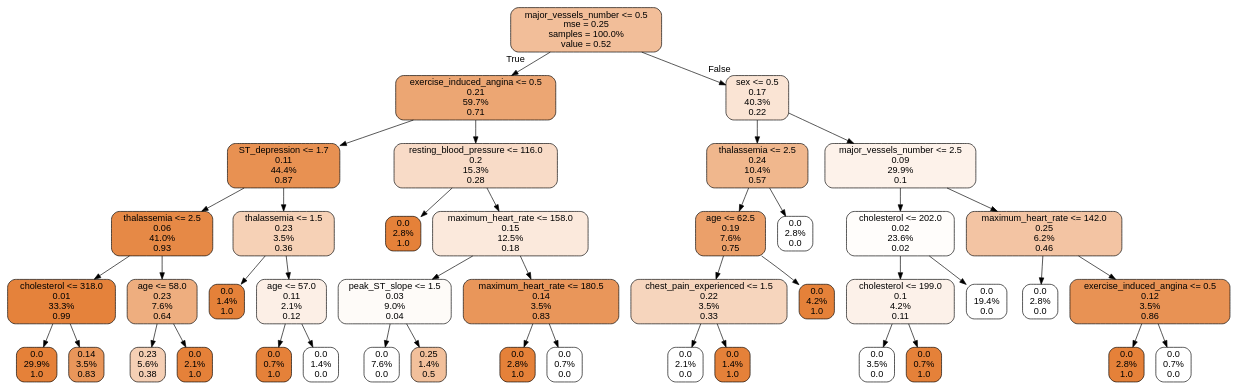
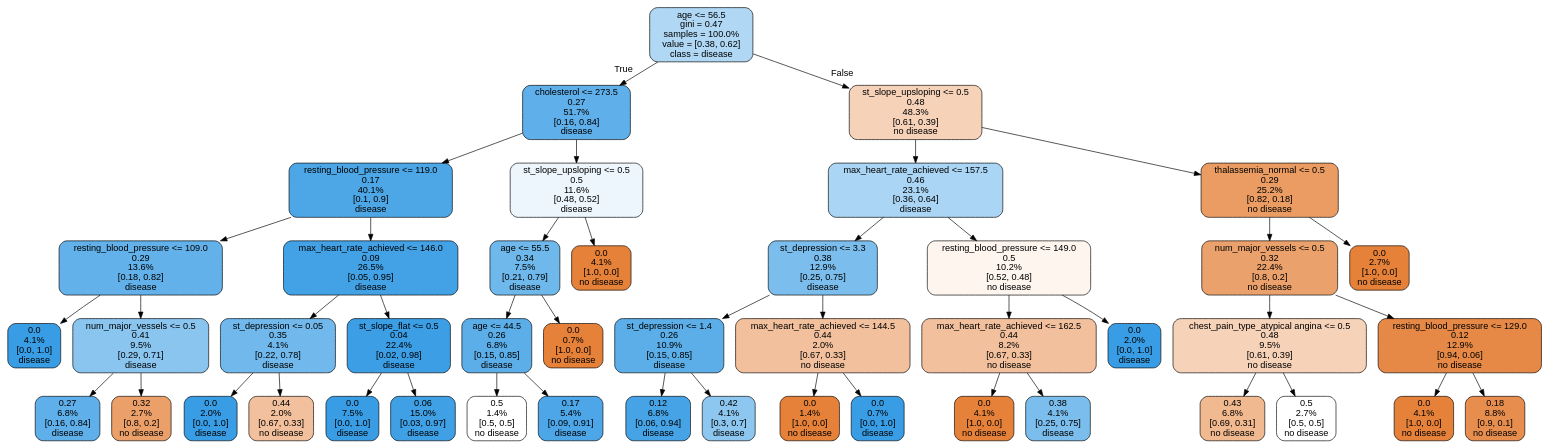
Before and after one commit to wink94/Heart-Disease-Predict: the diagram in tree.dot, drawn with Graphviz. The commit also changed 16 other files, not shown here.

```diff
--- a/tree.dot
+++ b/tree.dot
@@ -1,89 +1,93 @@
 digraph Tree {
 node [shape=box, style="filled, rounded", color="black", fontname=helvetica] ;
 edge [fontname=helvetica] ;
-0 [label="major_vessels_number <= 0.5\nmse = 0.25\nsamples = 100.0%\nvalue = 0.52", fillcolor="#e5813983"] ;
-1 [label="exercise_induced_angina <= 0.5\n0.21\n59.7%\n0.71", fillcolor="#e58139b4"] ;
+0 [label="age <= 56.5\ngini = 0.47\nsamples = 100.0%\nvalue = [0.38, 0.62]\nclass = disease", fillcolor="#399de565"] ;
+1 [label="cholesterol <= 273.5\n0.27\n51.7%\n[0.16, 0.84]\ndisease", fillcolor="#399de5ce"] ;
 0 -> 1 [labeldistance=2.5, labelangle=45, headlabel="True"] ;
-2 [label="ST_depression <= 1.7\n0.11\n44.4%\n0.87", fillcolor="#e58139de"] ;
+2 [label="resting_blood_pressure <= 119.0\n0.17\n40.1%\n[0.1, 0.9]\ndisease", fillcolor="#399de5e4"] ;
 1 -> 2 ;
-3 [label="thalassemia <= 2.5\n0.06\n41.0%\n0.93", fillcolor="#e58139ee"] ;
+3 [label="resting_blood_pressure <= 109.0\n0.29\n13.6%\n[0.18, 0.82]\ndisease", fillcolor="#399de5c9"] ;
 2 -> 3 ;
-4 [label="cholesterol <= 318.0\n0.01\n33.3%\n0.99", fillcolor="#e58139fc"] ;
+4 [label="0.0\n4.1%\n[0.0, 1.0]\ndisease", fillcolor="#399de5ff"] ;
 3 -> 4 ;
-5 [label="0.0\n29.9%\n1.0", fillcolor="#e58139ff"] ;
-4 -> 5 ;
-6 [label="0.14\n3.5%\n0.83", fillcolor="#e58139d4"] ;
-4 -> 6 ;
-7 [label="age <= 58.0\n0.23\n7.6%\n0.64", fillcolor="#e58139a4"] ;
-3 -> 7 ;
-8 [label="0.23\n5.6%\n0.38", fillcolor="#e5813960"] ;
-7 -> 8 ;
-9 [label="0.0\n2.1%\n1.0", fillcolor="#e58139ff"] ;
-7 -> 9 ;
-10 [label="thalassemia <= 1.5\n0.23\n3.5%\n0.36", fillcolor="#e581395d"] ;
-2 -> 10 ;
-11 [label="0.0\n1.4%\n1.0", fillcolor="#e58139ff"] ;
-10 -> 11 ;
-12 [label="age <= 57.0\n0.11\n2.1%\n0.12", fillcolor="#e5813920"] ;
-10 -> 12 ;
-13 [label="0.0\n0.7%\n1.0", fillcolor="#e58139ff"] ;
+5 [label="num_major_vessels <= 0.5\n0.41\n9.5%\n[0.29, 0.71]\ndisease", fillcolor="#399de596"] ;
+3 -> 5 ;
+6 [label="0.27\n6.8%\n[0.16, 0.84]\ndisease", fillcolor="#399de5cf"] ;
+5 -> 6 ;
+7 [label="0.32\n2.7%\n[0.8, 0.2]\nno disease", fillcolor="#e58139bf"] ;
+5 -> 7 ;
+8 [label="max_heart_rate_achieved <= 146.0\n0.09\n26.5%\n[0.05, 0.95]\ndisease", fillcolor="#399de5f2"] ;
+2 -> 8 ;
+9 [label="st_depression <= 0.05\n0.35\n4.1%\n[0.22, 0.78]\ndisease", fillcolor="#399de5b6"] ;
+8 -> 9 ;
+10 [label="0.0\n2.0%\n[0.0, 1.0]\ndisease", fillcolor="#399de5ff"] ;
+9 -> 10 ;
+11 [label="0.44\n2.0%\n[0.67, 0.33]\nno disease", fillcolor="#e581397f"] ;
+9 -> 11 ;
+12 [label="st_slope_flat <= 0.5\n0.04\n22.4%\n[0.02, 0.98]\ndisease", fillcolor="#399de5fa"] ;
+8 -> 12 ;
+13 [label="0.0\n7.5%\n[0.0, 1.0]\ndisease", fillcolor="#399de5ff"] ;
 12 -> 13 ;
-14 [label="0.0\n1.4%\n0.0", fillcolor="#e5813900"] ;
+14 [label="0.06\n15.0%\n[0.03, 0.97]\ndisease", fillcolor="#399de5f7"] ;
 12 -> 14 ;
-15 [label="resting_blood_pressure <= 116.0\n0.2\n15.3%\n0.28", fillcolor="#e5813948"] ;
+15 [label="st_slope_upsloping <= 0.5\n0.5\n11.6%\n[0.48, 0.52]\ndisease", fillcolor="#399de517"] ;
 1 -> 15 ;
-16 [label="0.0\n2.8%\n1.0", fillcolor="#e58139ff"] ;
+16 [label="age <= 55.5\n0.34\n7.5%\n[0.21, 0.79]\ndisease", fillcolor="#399de5b9"] ;
 15 -> 16 ;
-17 [label="maximum_heart_rate <= 158.0\n0.15\n12.5%\n0.18", fillcolor="#e581392d"] ;
-15 -> 17 ;
-18 [label="peak_ST_slope <= 1.5\n0.03\n9.0%\n0.04", fillcolor="#e5813909"] ;
+17 [label="age <= 44.5\n0.26\n6.8%\n[0.15, 0.85]\ndisease", fillcolor="#399de5d1"] ;
+16 -> 17 ;
+18 [label="0.5\n1.4%\n[0.5, 0.5]\nno disease", fillcolor="#e5813900"] ;
 17 -> 18 ;
-19 [label="0.0\n7.6%\n0.0", fillcolor="#e5813900"] ;
-18 -> 19 ;
-20 [label="0.25\n1.4%\n0.5", fillcolor="#e5813980"] ;
-18 -> 20 ;
-21 [label="maximum_heart_rate <= 180.5\n0.14\n3.5%\n0.83", fillcolor="#e58139d4"] ;
-17 -> 21 ;
-22 [label="0.0\n2.8%\n1.0", fillcolor="#e58139ff"] ;
-21 -> 22 ;
-23 [label="0.0\n0.7%\n0.0", fillcolor="#e5813900"] ;
-21 -> 23 ;
-24 [label="sex <= 0.5\n0.17\n40.3%\n0.22", fillcolor="#e5813937"] ;
-0 -> 24 [labeldistance=2.5, labelangle=-45, headlabel="False"] ;
-25 [label="thalassemia <= 2.5\n0.24\n10.4%\n0.57", fillcolor="#e5813992"] ;
+19 [label="0.17\n5.4%\n[0.09, 0.91]\ndisease", fillcolor="#399de5e6"] ;
+17 -> 19 ;
+20 [label="0.0\n0.7%\n[1.0, 0.0]\nno disease", fillcolor="#e58139ff"] ;
+16 -> 20 ;
+21 [label="0.0\n4.1%\n[1.0, 0.0]\nno disease", fillcolor="#e58139ff"] ;
+15 -> 21 ;
+22 [label="st_slope_upsloping <= 0.5\n0.48\n48.3%\n[0.61, 0.39]\nno disease", fillcolor="#e581395a"] ;
+0 -> 22 [labeldistance=2.5, labelangle=-45, headlabel="False"] ;
+23 [label="max_heart_rate_achieved <= 157.5\n0.46\n23.1%\n[0.36, 0.64]\ndisease", fillcolor="#399de56d"] ;
+22 -> 23 ;
+24 [label="st_depression <= 3.3\n0.38\n12.9%\n[0.25, 0.75]\ndisease", fillcolor="#399de5aa"] ;
+23 -> 24 ;
+25 [label="st_depression <= 1.4\n0.26\n10.9%\n[0.15, 0.85]\ndisease", fillcolor="#399de5d1"] ;
 24 -> 25 ;
-26 [label="age <= 62.5\n0.19\n7.6%\n0.75", fillcolor="#e58139bf"] ;
+26 [label="0.12\n6.8%\n[0.06, 0.94]\ndisease", fillcolor="#399de5ee"] ;
 25 -> 26 ;
-27 [label="chest_pain_experienced <= 1.5\n0.22\n3.5%\n0.33", fillcolor="#e5813955"] ;
-26 -> 27 ;
-28 [label="0.0\n2.1%\n0.0", fillcolor="#e5813900"] ;
-27 -> 28 ;
-29 [label="0.0\n1.4%\n1.0", fillcolor="#e58139ff"] ;
-27 -> 29 ;
-30 [label="0.0\n4.2%\n1.0", fillcolor="#e58139ff"] ;
-26 -> 30 ;
-31 [label="0.0\n2.8%\n0.0", fillcolor="#e5813900"] ;
-25 -> 31 ;
-32 [label="major_vessels_number <= 2.5\n0.09\n29.9%\n0.1", fillcolor="#e581391b"] ;
-24 -> 32 ;
-33 [label="cholesterol <= 202.0\n0.02\n23.6%\n0.02", fillcolor="#e5813905"] ;
+27 [label="0.42\n4.1%\n[0.3, 0.7]\ndisease", fillcolor="#399de592"] ;
+25 -> 27 ;
+28 [label="max_heart_rate_achieved <= 144.5\n0.44\n2.0%\n[0.67, 0.33]\nno disease", fillcolor="#e581397f"] ;
+24 -> 28 ;
+29 [label="0.0\n1.4%\n[1.0, 0.0]\nno disease", fillcolor="#e58139ff"] ;
+28 -> 29 ;
+30 [label="0.0\n0.7%\n[0.0, 1.0]\ndisease", fillcolor="#399de5ff"] ;
+28 -> 30 ;
+31 [label="resting_blood_pressure <= 149.0\n0.5\n10.2%\n[0.52, 0.48]\nno disease", fillcolor="#e5813915"] ;
+23 -> 31 ;
+32 [label="max_heart_rate_achieved <= 162.5\n0.44\n8.2%\n[0.67, 0.33]\nno disease", fillcolor="#e581397f"] ;
+31 -> 32 ;
+33 [label="0.0\n4.1%\n[1.0, 0.0]\nno disease", fillcolor="#e58139ff"] ;
 32 -> 33 ;
-34 [label="cholesterol <= 199.0\n0.1\n4.2%\n0.11", fillcolor="#e581391c"] ;
-33 -> 34 ;
-35 [label="0.0\n3.5%\n0.0", fillcolor="#e5813900"] ;
-34 -> 35 ;
-36 [label="0.0\n0.7%\n1.0", fillcolor="#e58139ff"] ;
-34 -> 36 ;
-37 [label="0.0\n19.4%\n0.0", fillcolor="#e5813900"] ;
-33 -> 37 ;
-38 [label="maximum_heart_rate <= 142.0\n0.25\n6.2%\n0.46", fillcolor="#e5813976"] ;
-32 -> 38 ;
-39 [label="0.0\n2.8%\n0.0", fillcolor="#e5813900"] ;
+34 [label="0.38\n4.1%\n[0.25, 0.75]\ndisease", fillcolor="#399de5aa"] ;
+32 -> 34 ;
+35 [label="0.0\n2.0%\n[0.0, 1.0]\ndisease", fillcolor="#399de5ff"] ;
+31 -> 35 ;
+36 [label="thalassemia_normal <= 0.5\n0.29\n25.2%\n[0.82, 0.18]\nno disease", fillcolor="#e58139c8"] ;
+22 -> 36 ;
+37 [label="num_major_vessels <= 0.5\n0.32\n22.4%\n[0.8, 0.2]\nno disease", fillcolor="#e58139be"] ;
+36 -> 37 ;
+38 [label="chest_pain_type_atypical angina <= 0.5\n0.48\n9.5%\n[0.61, 0.39]\nno disease", fillcolor="#e581395b"] ;
+37 -> 38 ;
+39 [label="0.43\n6.8%\n[0.69, 0.31]\nno disease", fillcolor="#e581398e"] ;
 38 -> 39 ;
-40 [label="exercise_induced_angina <= 0.5\n0.12\n3.5%\n0.86", fillcolor="#e58139db"] ;
+40 [label="0.5\n2.7%\n[0.5, 0.5]\nno disease", fillcolor="#e5813900"] ;
 38 -> 40 ;
-41 [label="0.0\n2.8%\n1.0", fillcolor="#e58139ff"] ;
-40 -> 41 ;
-42 [label="0.0\n0.7%\n0.0", fillcolor="#e5813900"] ;
-40 -> 42 ;
+41 [label="resting_blood_pressure <= 129.0\n0.12\n12.9%\n[0.94, 0.06]\nno disease", fillcolor="#e58139ed"] ;
+37 -> 41 ;
+42 [label="0.0\n4.1%\n[1.0, 0.0]\nno disease", fillcolor="#e58139ff"] ;
+41 -> 42 ;
+43 [label="0.18\n8.8%\n[0.9, 0.1]\nno disease", fillcolor="#e58139e3"] ;
+41 -> 43 ;
+44 [label="0.0\n2.7%\n[1.0, 0.0]\nno disease", fillcolor="#e58139ff"] ;
+36 -> 44 ;
 }
```
